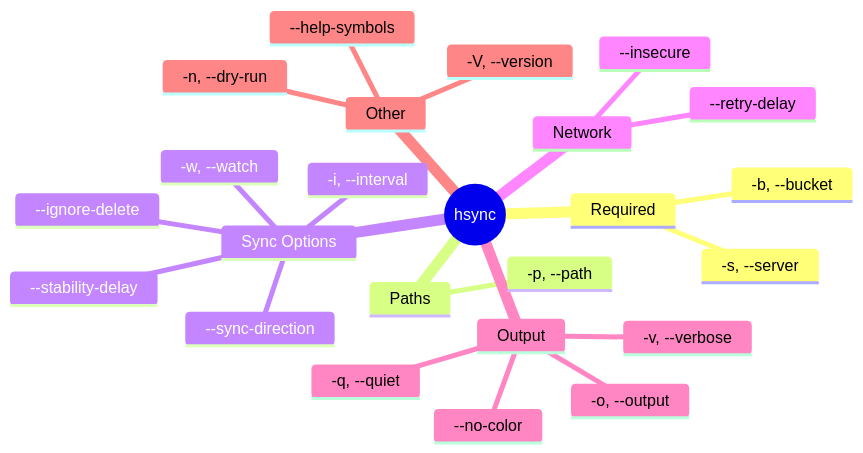
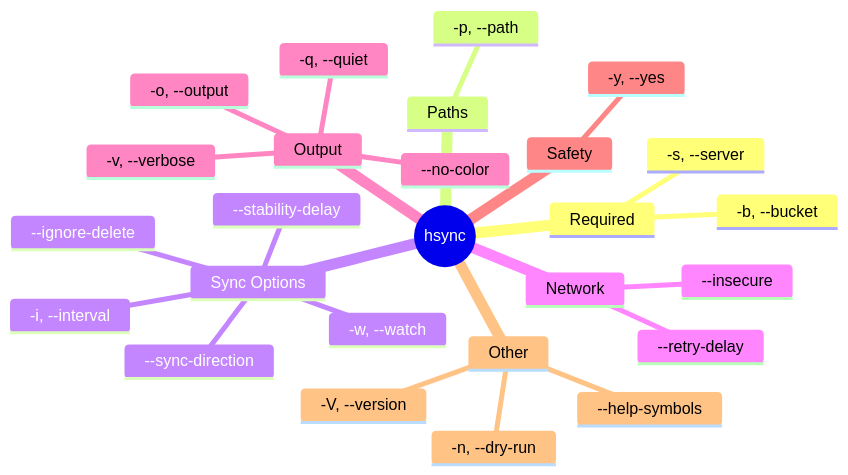
One commit to albertsdk/hsync-client changed the second of 9 diagrams in docs/usage.md. Above: the diagram before and after it, drawn with Mermaid. The commit also changed other lines of this file and 3 other files, not shown here.

````diff
--- a/docs/usage.md
+++ b/docs/usage.md
@@ -39,27 +39,29 @@
 ```mermaid
 mindmap
   root((hsync))
     Required
       -s, --server
       -b, --bucket
     Paths
       -p, --path
     Sync Options
       -w, --watch
       -i, --interval
       --stability-delay
       --sync-direction
       --ignore-delete
     Network
       --retry-delay
       --insecure
     Output
       -v, --verbose
       -q, --quiet
       -o, --output
       --no-color
+    Safety
+      -y, --yes
     Other
       -n, --dry-run
       -V, --version
       --help-symbols
 ```
````
